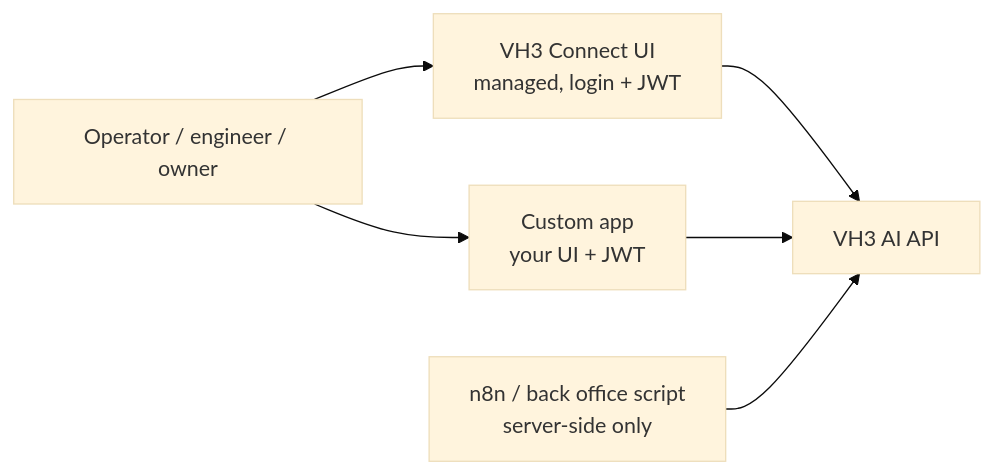
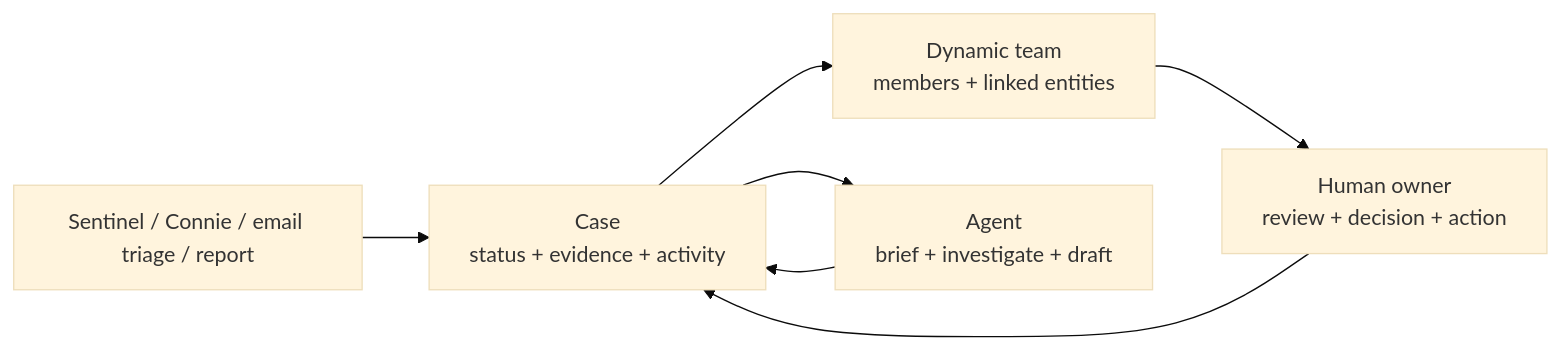
One commit to vH3-Digital/docs changed the diagram in guides/users-and-teams.mdx. Above: the diagram before and after it, drawn with Mermaid (base theme). The commit also changed other lines of this file and 13 other files, not shown here.

````diff
--- a/guides/users-and-teams.mdx
+++ b/guides/users-and-teams.mdx
@@ -103,13 +133,15 @@
 ```mermaid
 flowchart LR
-  user[Operator / engineer / owner]
-  connect[VH3 Connect UI<br/>managed, login + JWT]
-  custom[Custom app<br/>your UI + JWT]
-  n8n[n8n / back office script<br/>server-side only]
-  api[VH3 AI API]
-  user --> connect
-  user --> custom
-  connect --> api
-  custom --> api
-  n8n --> api
+  signal[Sentinel / Connie / email triage / report]
+  case[Case<br/>status + evidence + activity]
+  team[Dynamic team<br/>members + linked entities]
+  human[Human owner<br/>review + decision + action]
+  agent[Agent<br/>brief + investigate + draft]
+
+  signal --> case
+  case --> team
+  team --> human
+  case --> agent
+  agent --> case
+  human --> case
 ```
````
